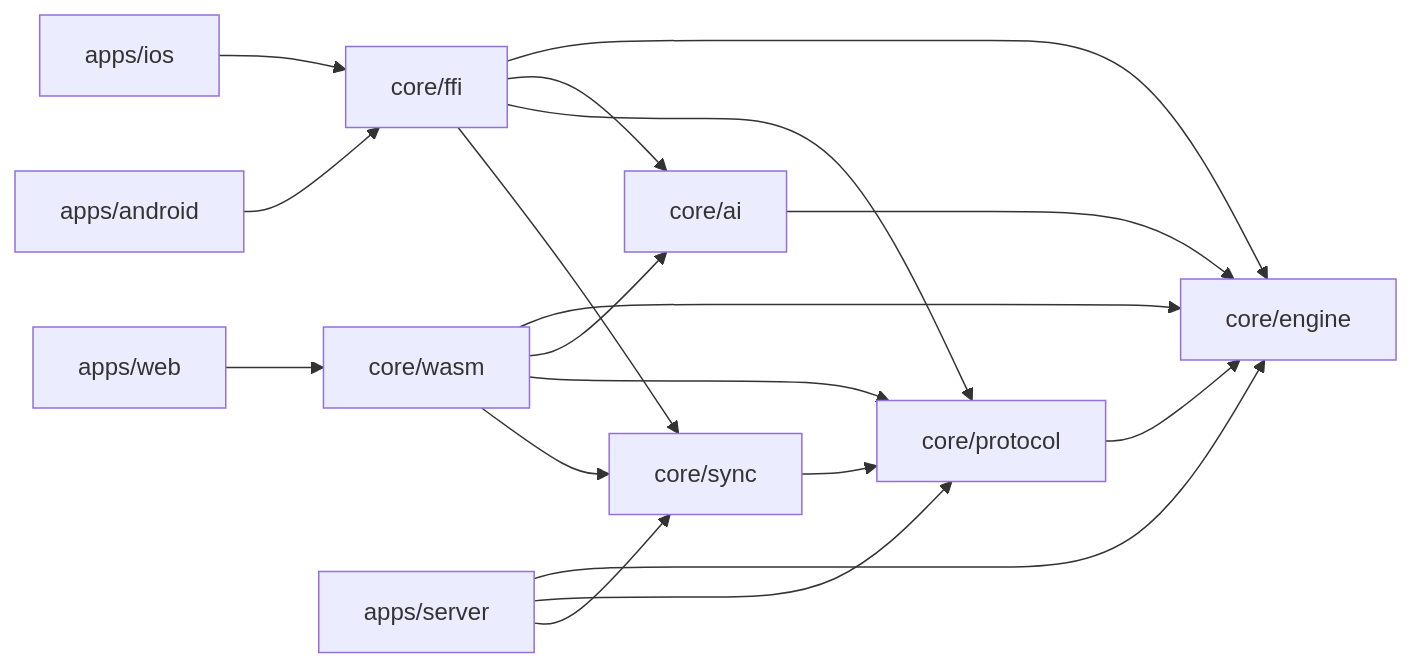
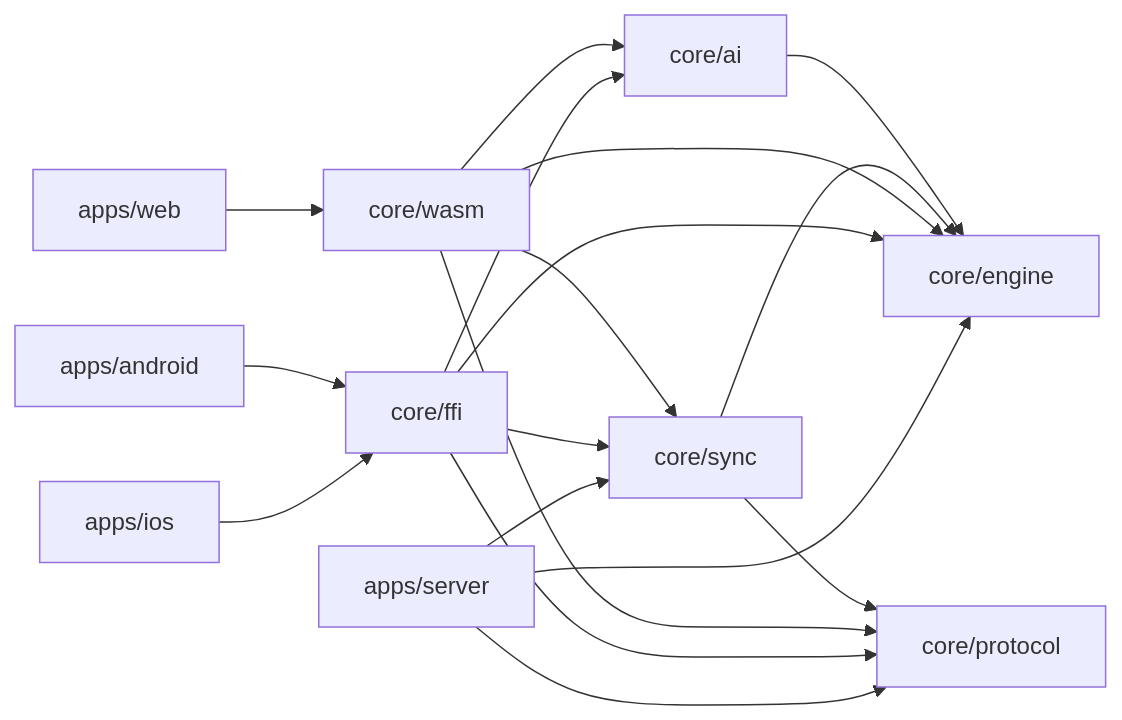
The diagram in docs/architecture/monorepo.md (Alfredo-Moreira/Ouril), drawn with Mermaid before and after one commit. The commit also changed other lines of this file and 266 other files, not shown here.

````diff
--- a/docs/architecture/monorepo.md
+++ b/docs/architecture/monorepo.md
@@ -54,20 +61,21 @@
 ```mermaid
 flowchart LR
   ios[apps/ios] --> ffi
   android[apps/android] --> ffi
   web[apps/web] --> wasm
   server[apps/server] --> engine
   server --> protocol
+  server --> sync
   ffi[core/ffi] --> engine
   ffi --> ai
   ffi --> protocol
   ffi --> sync
   wasm[core/wasm] --> engine
   wasm --> ai
   wasm --> protocol
   wasm --> sync
-  server --> sync
   sync[core/sync] --> protocol
+  sync --> engine
   ai[core/ai] --> engine[core/engine]
-  protocol[core/protocol] --> engine
+  protocol[core/protocol]
 ```
````
